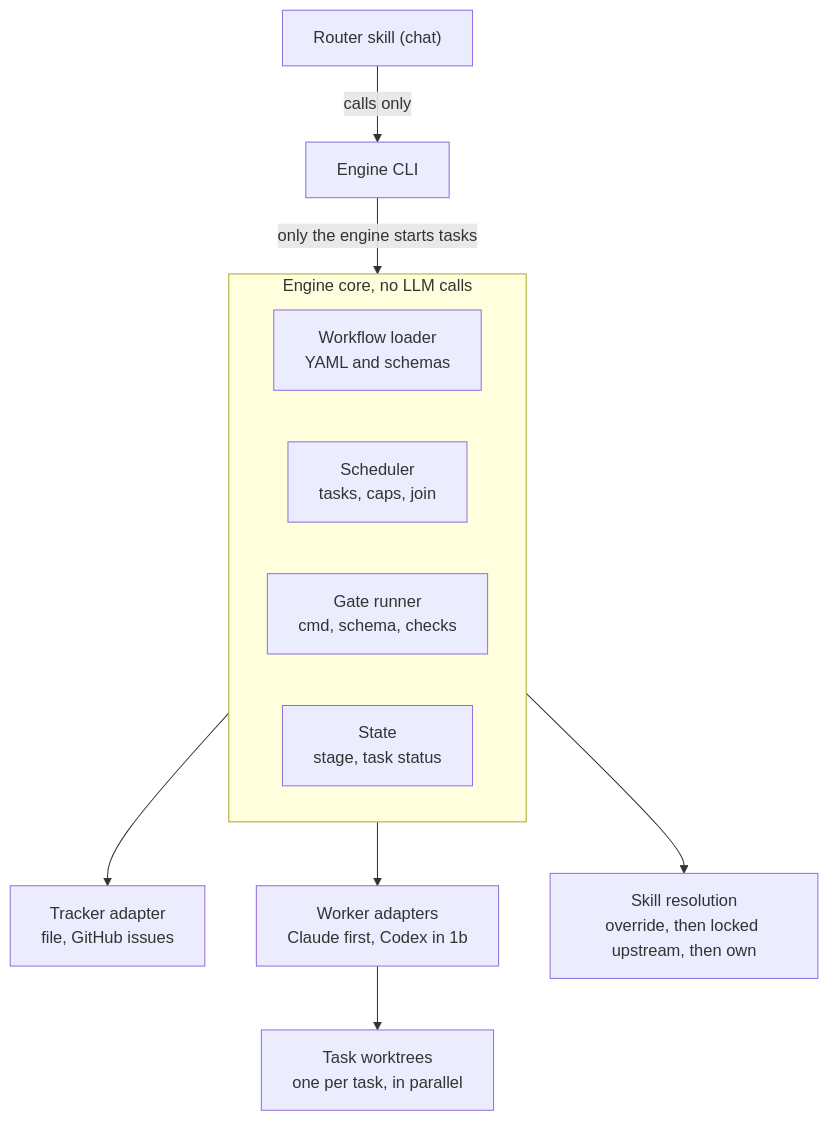
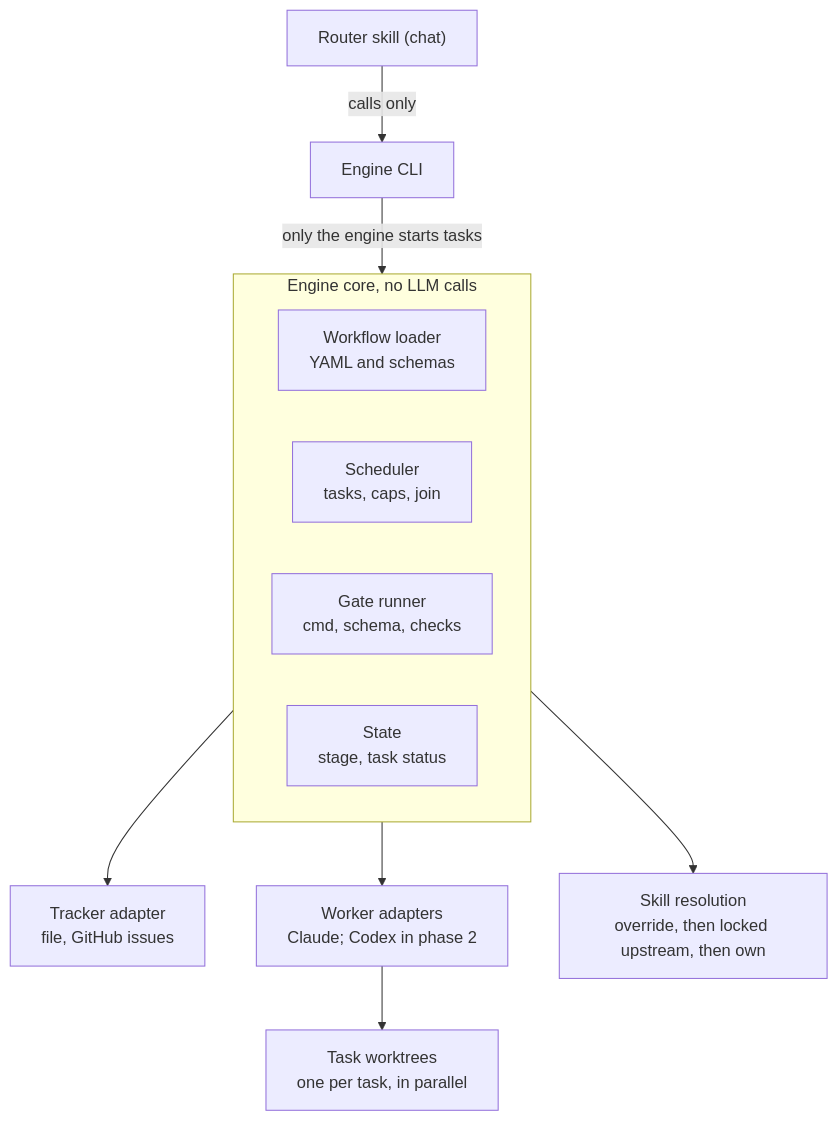
The first of 2 diagrams in docs/design/phase-1.md (plaktoz/factory), drawn with Mermaid before and after one commit. The commit also changed other lines of this file and 45 other files, not shown here.

````diff
--- a/docs/design/phase-1.md
+++ b/docs/design/phase-1.md
@@ -65,16 +69,16 @@
 ```mermaid
 flowchart TB
   router["Router skill (chat)"] -->|calls only| cli["Engine CLI"]
   cli -->|only the engine starts tasks| core
   subgraph core["Engine core, no LLM calls"]
     direction LR
     wl["Workflow loader<br/>YAML and schemas"]
     sch["Scheduler<br/>tasks, caps, join"]
     gr["Gate runner<br/>cmd, schema, checks"]
     st["State<br/>stage, task status"]
   end
   wl --> trk["Tracker adapter<br/>file, GitHub issues"]
-  sch --> wk["Worker adapters<br/>Claude first, Codex in 1b"]
+  sch --> wk["Worker adapters<br/>Claude; Codex in phase 2"]
   st --> sk["Skill resolution<br/>override, then locked upstream, then own"]
   wk --> wt["Task worktrees<br/>one per task, in parallel"]
 ```
````
